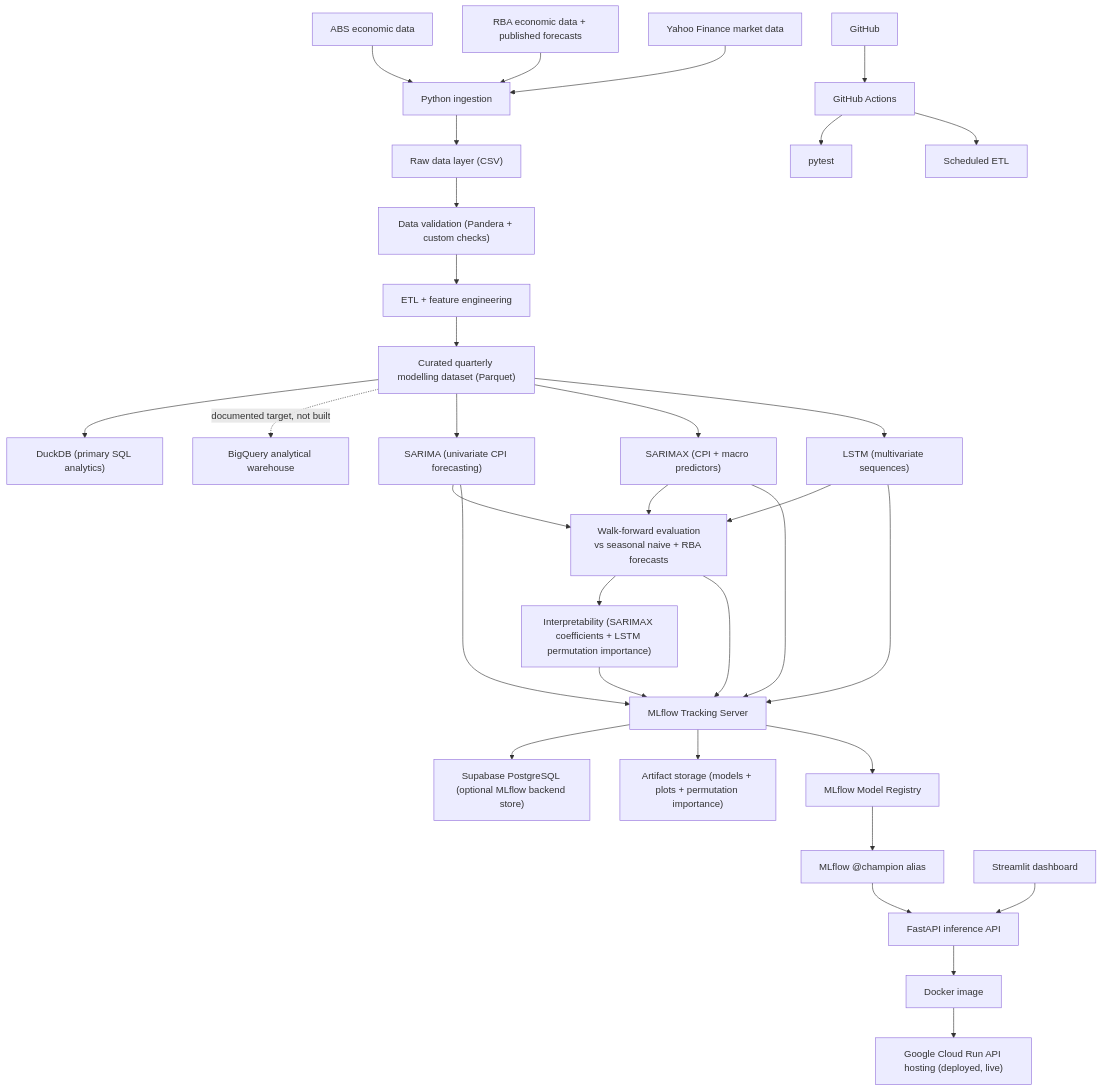
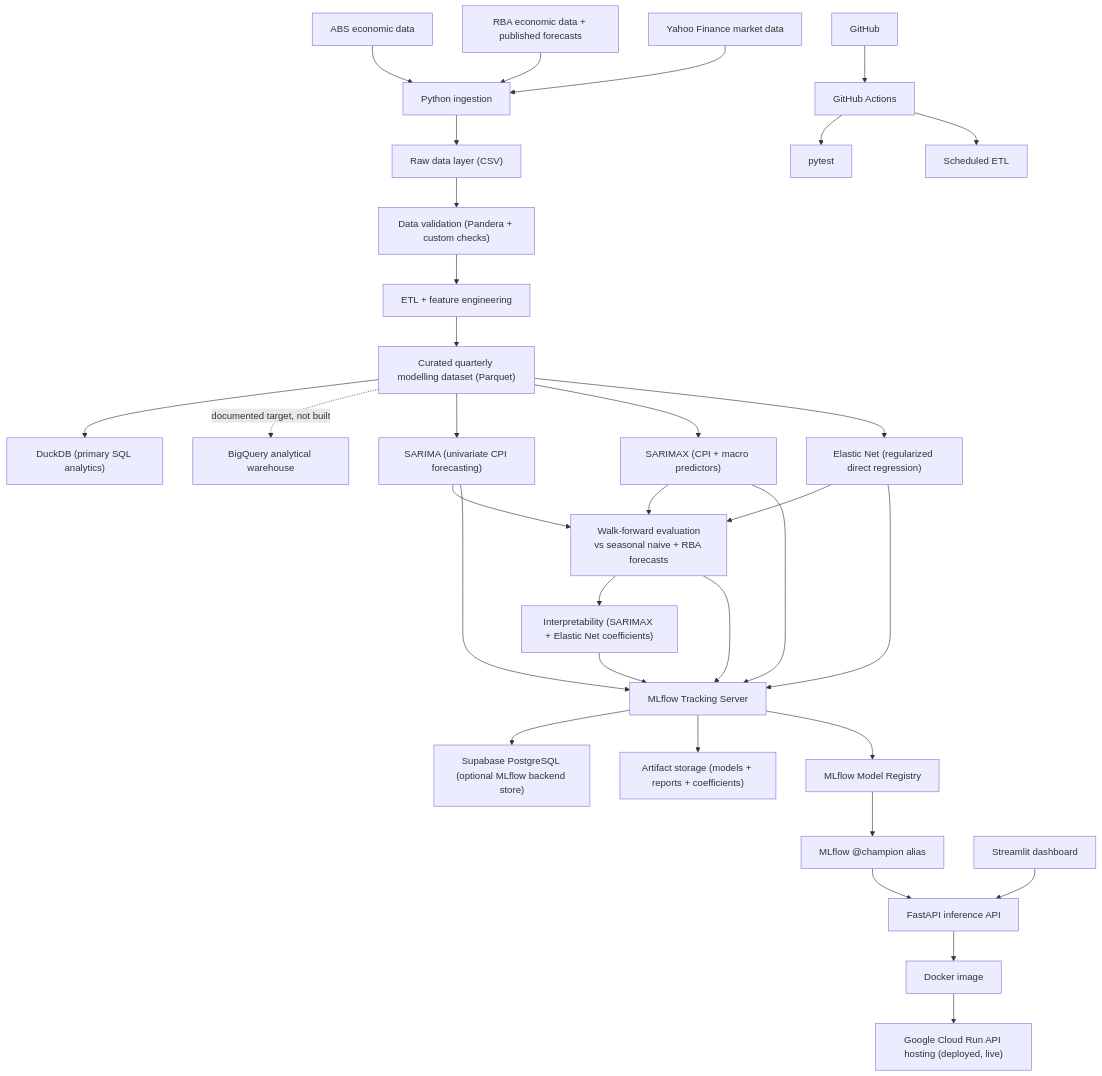
Before and after one commit to JuanVu1810/Australian-CPI-Forecast: the diagram in README.md, drawn with Mermaid. The commit also changed other lines of this file and 24 other files, not shown here.

First line of the commit message:
Remove LSTM and refine Elastic Net challenger

````diff
--- a/README.md
+++ b/README.md
@@ -373,46 +340,46 @@
 ```mermaid
 flowchart TD
     ABS["ABS economic data"] --> INGEST["Python ingestion"]
     RBA["RBA economic data + published forecasts"] --> INGEST
     YF["Yahoo Finance market data"] --> INGEST
 
     INGEST --> RAW["Raw data layer (CSV)"]
     RAW --> VALIDATE["Data validation (Pandera + custom checks)"]
     VALIDATE --> ETL["ETL + feature engineering"]
     ETL --> CURATED["Curated quarterly modelling dataset (Parquet)"]
 
     CURATED --> DUCKDB["DuckDB (primary SQL analytics)"]
     CURATED -. "documented target, not built" .-> BQ["BigQuery analytical warehouse"]
 
     CURATED --> SARIMA["SARIMA (univariate CPI forecasting)"]
     CURATED --> SARIMAX["SARIMAX (CPI + macro predictors)"]
-    CURATED --> LSTM["LSTM (multivariate sequences)"]
+    CURATED --> ELASTIC["Elastic Net (regularized direct regression)"]
 
     SARIMA --> EVAL["Walk-forward evaluation<br/>vs seasonal naive + RBA forecasts"]
     SARIMAX --> EVAL
-    LSTM --> EVAL
+    ELASTIC --> EVAL
 
-    EVAL --> INTERP["Interpretability (SARIMAX coefficients + LSTM permutation importance)"]
+    EVAL --> INTERP["Interpretability (SARIMAX + Elastic Net coefficients)"]
 
     SARIMA --> MLFLOW["MLflow Tracking Server"]
     SARIMAX --> MLFLOW
-    LSTM --> MLFLOW
+    ELASTIC --> MLFLOW
     EVAL --> MLFLOW
     INTERP --> MLFLOW
 
     MLFLOW --> POSTGRES["Supabase PostgreSQL (optional MLflow backend store)"]
-    MLFLOW --> ARTIFACTS["Artifact storage (models + plots + permutation importance)"]
+    MLFLOW --> ARTIFACTS["Artifact storage (models + reports + coefficients)"]
     MLFLOW --> REGISTRY["MLflow Model Registry"]
 
     REGISTRY --> CHAMPION["MLflow @champion alias"]
     CHAMPION --> API["FastAPI inference API"]
 
     STREAMLIT["Streamlit dashboard"] --> API
 
     API --> DOCKER["Docker image"]
     DOCKER --> CLOUDRUN["Google Cloud Run API hosting (deployed, live)"]
 
     GITHUB["GitHub"] --> ACTIONS["GitHub Actions"]
     ACTIONS --> TESTS["pytest"]
     ACTIONS --> SCHEDULE["Scheduled ETL"]
 ```
````
